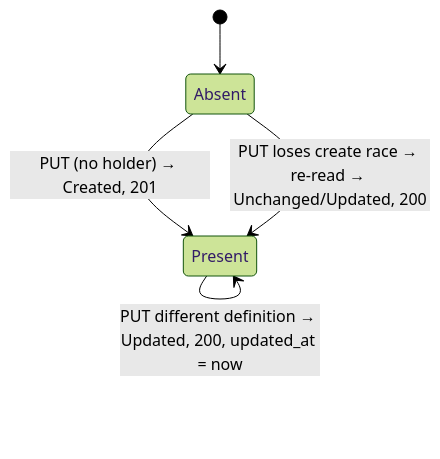
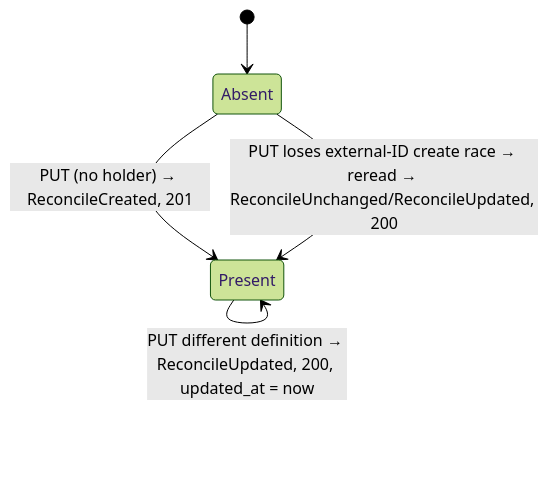
One commit to zalando-incubator/agentic-identity-broker changed the diagram in specs/055-agent-external-id-upsert/data-model.md. Above: the diagram before and after it, drawn with Mermaid (forest theme). The commit also changed other lines of this file and 46 other files, not shown here.

````diff
--- a/specs/055-agent-external-id-upsert/data-model.md
+++ b/specs/055-agent-external-id-upsert/data-model.md
@@ -99,8 +105,8 @@
 ```mermaid
 stateDiagram-v2
     [*] --> Absent
-    Absent --> Present: PUT (no holder) → Created, 201
-    Present --> Present: PUT equal definition → Unchanged, 200, no write
-    Present --> Present: PUT different definition → Updated, 200, updated_at = now
-    Absent --> Present: PUT loses create race → re-read → Unchanged/Updated, 200
+    Absent --> Present: PUT (no holder) → ReconcileCreated, 201
+    Present --> Present: PUT equal definition → ReconcileUnchanged, 200, no write
+    Present --> Present: PUT different definition → ReconcileUpdated, 200, updated_at = now
+    Absent --> Present: PUT loses external-ID create race → reread → ReconcileUnchanged/ReconcileUpdated, 200
 ```
````
